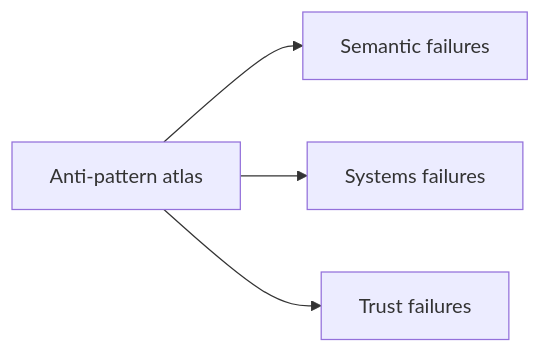
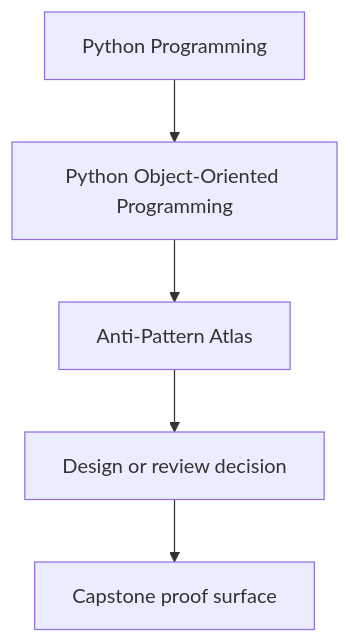
The first of 2 diagrams in programs/python-programming/python-object-oriented-programming/course-book/reference/anti-pattern-atlas.md (bijux/bijux-masterclass), drawn with Mermaid before and after one commit. The commit also changed other lines of this file and 23 other files, not shown here.

Commit message:
docs(python-object-oriented-programming): sharpen guide and reference diagrams

````diff
--- a/programs/python-programming/python-object-oriented-programming/course-book/reference/anti-pattern-atlas.md
+++ b/programs/python-programming/python-object-oriented-programming/course-book/reference/anti-pattern-atlas.md
@@ -7,11 +7,7 @@
 ```mermaid
-graph LR
-  atlas["Anti-pattern atlas"]
-  semantics["Semantic failures"]
-  systems["Systems failures"]
-  trust["Trust failures"]
-
-  atlas --> semantics
-  atlas --> systems
-  atlas --> trust
+flowchart TD
+  family["Python Programming"] --> program["Python Object-Oriented Programming"]
+  program --> reference["Anti-Pattern Atlas"]
+  reference --> review["Design or review decision"]
+  review --> capstone["Capstone proof surface"]
 ```
````
